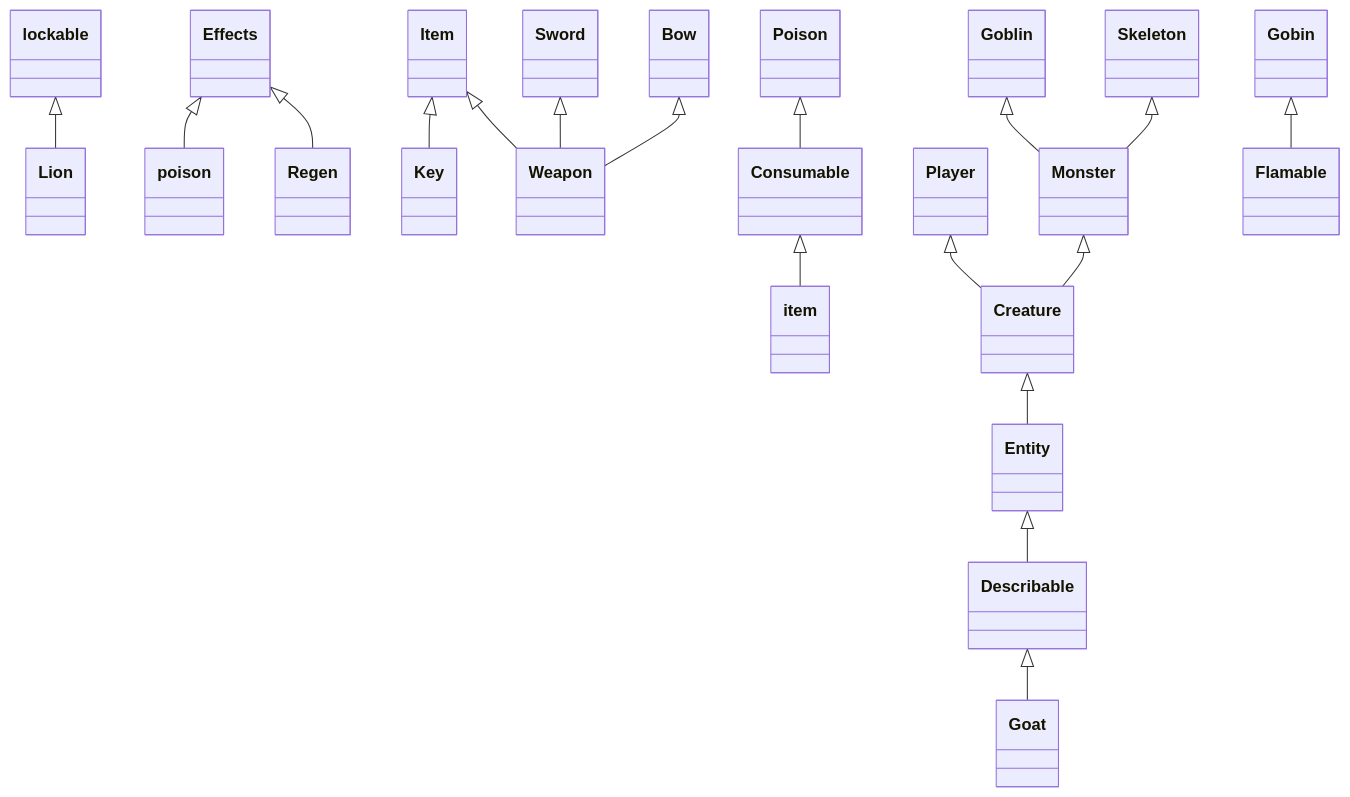
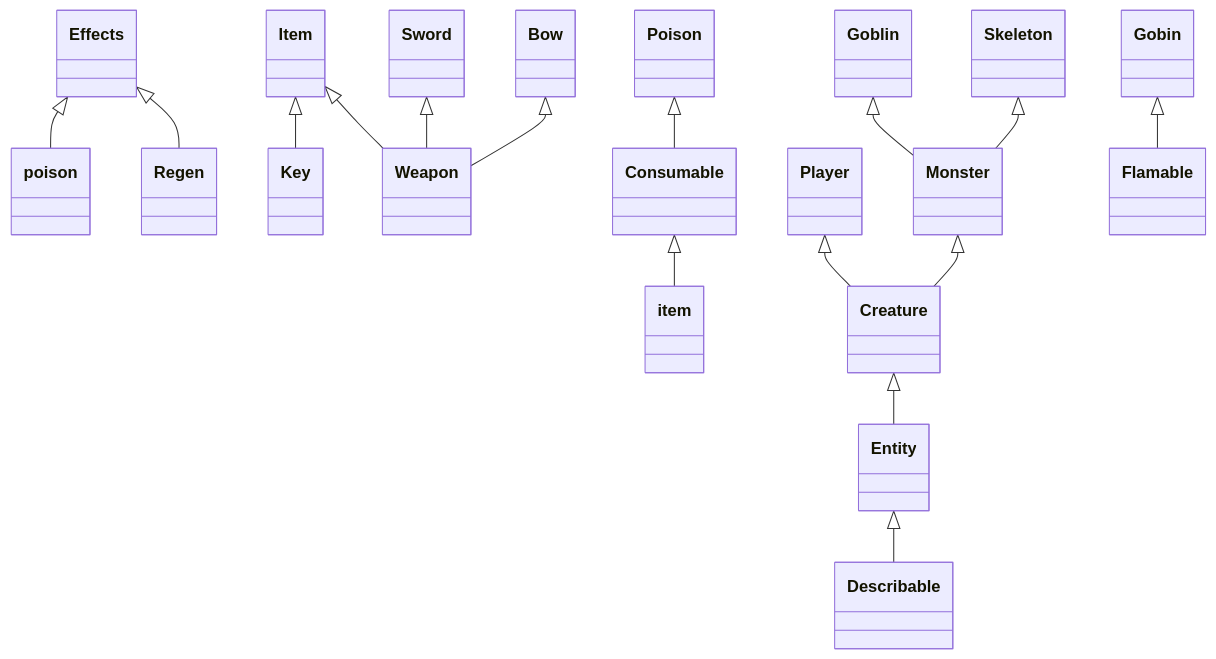
Before and after one commit to kemacias/Software_Engineering_1: the diagram in challenge4_3.md, drawn with Mermaid.

Commit message:
Fiddled some more

````diff
--- a/challenge4_3.md
+++ b/challenge4_3.md
@@ -4,20 +4,18 @@
 ```mermaid
 classDiagram
-    lockable <|-- Lion
-   Describable <|-- Goat
     Effects <|-- poison
     Effects <|-- Regen
     Item <|-- Key
     Item <|-- Weapon
     Sword <|-- Weapon
     Bow <|-- Weapon
     Consumable <|-- item
     Poison <|-- Consumable
     Entity <|-- Describable
     Creature <|-- Entity
     Player <|-- Creature
     Monster <|-- Creature
     Gobin <|-- Flamable
     Goblin <|-- Monster
     Skeleton <|-- Monster
 ```
````
